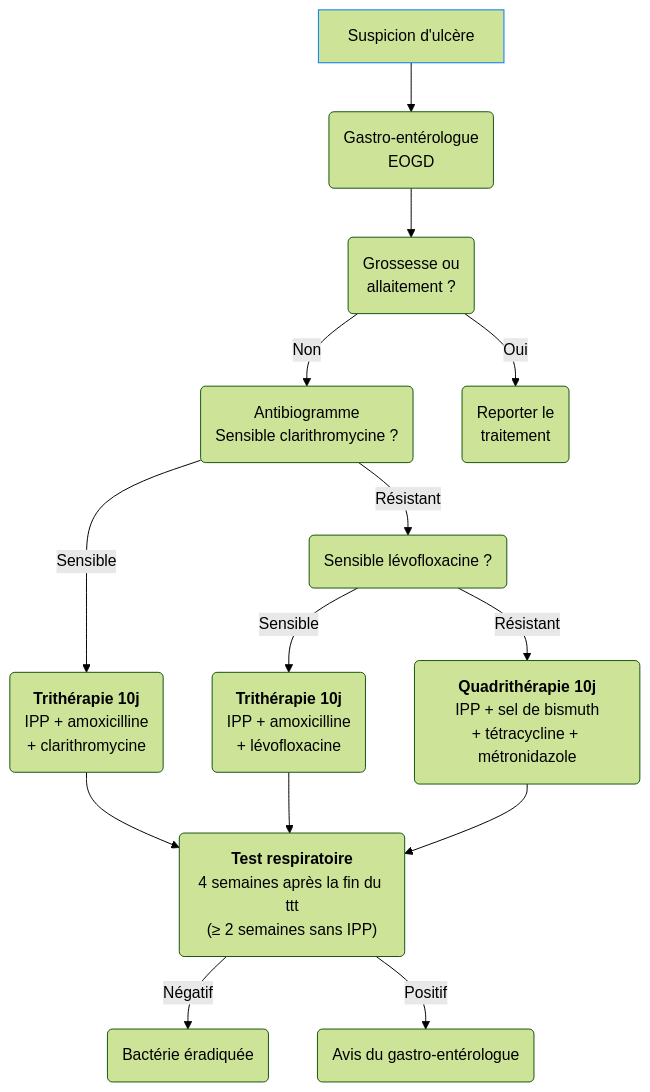
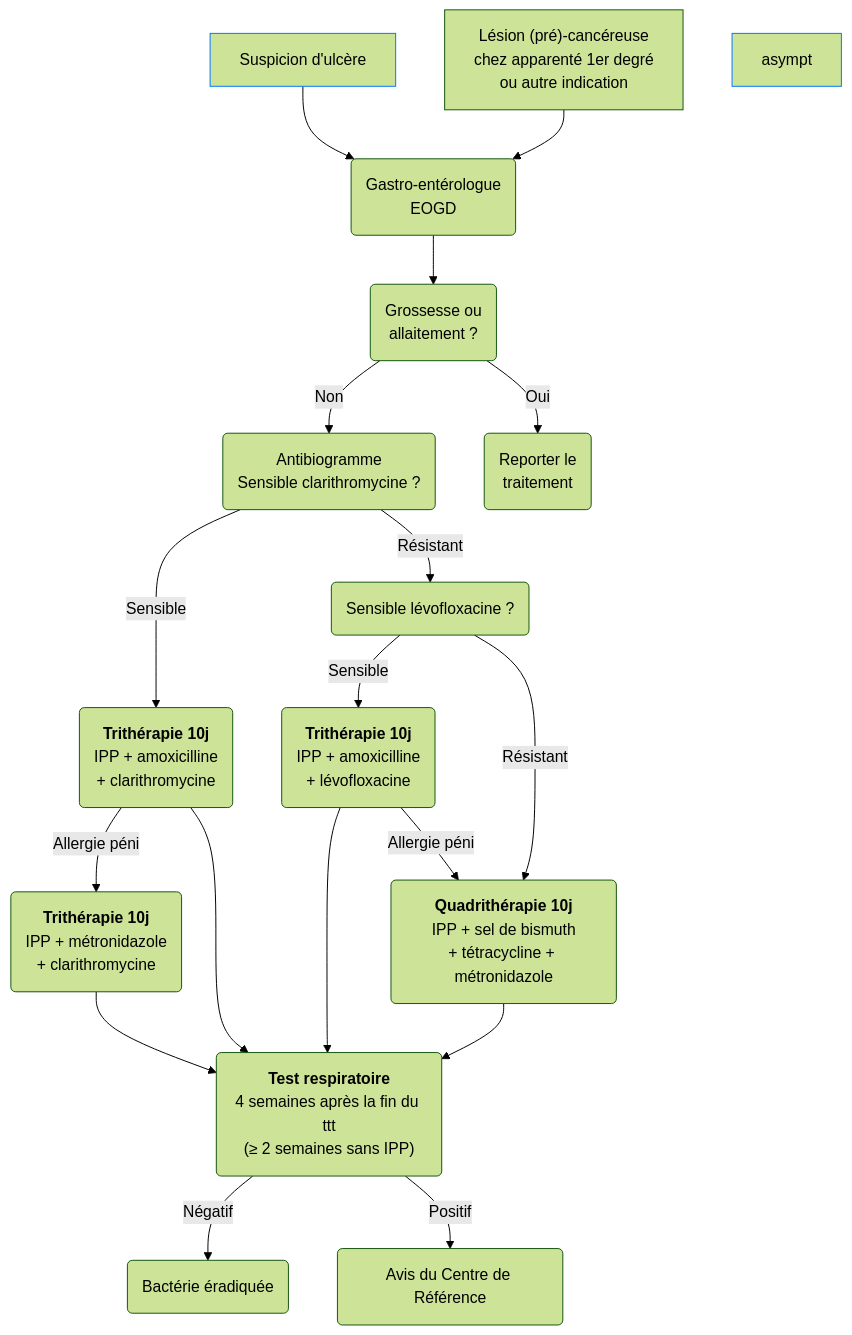
The first of 2 diagrams in content/recommandations/helicobacter-pylori.md (djibe/recommandations-medicales), drawn with Mermaid (forest theme) before and after one commit. The commit also changed other lines of this file and 10 other files, not shown here.

```diff
--- a/content/recommandations/helicobacter-pylori.md
+++ b/content/recommandations/helicobacter-pylori.md
@@ -142,15 +178,19 @@
 {{< mermaid >}}
 graph TB
   suspicion["Suspicion d'ulcère"] --> gastro("Gastro-entérologue<br>EOGD")
   style suspicion stroke:#0077ff, stroke-width:1px
+  ATCD["Lésion (pré)-cancéreuse<br>chez apparenté 1er degré<br>ou autre indication"] --> gastro
+  style asympt stroke:#0077ff, stroke-width:1px
     gastro --> grossesse("Grossesse ou<br>allaitement ?")
       grossesse -- Non --> antibiogramme("Antibiogramme<br>Sensible clarithromycine ?")
-        antibiogramme -- Sensible --> tri1("<b>Trithérapie 10j</b><br>IPP + amoxicilline<br>+ clarithromycine")
-          tri1 --> controle("<b>Test respiratoire</b><br>4 semaines après la fin du ttt<br>(≥ 2 semaines sans IPP)")
+        antibiogramme -- Sensible --> triAmox("<b>Trithérapie 10j</b><br>IPP + amoxicilline<br>+ clarithromycine")
+          triAmox -- "Allergie péni" --> triAmoxAllergie("<b>Trithérapie 10j</b><br>IPP + métronidazole<br>+ clarithromycine") --> controle
+          triAmox --> controle("<b>Test respiratoire</b><br>4 semaines après la fin du ttt<br>(≥ 2 semaines sans IPP)")
         antibiogramme -- "Résistant" --> levofloS("Sensible lévofloxacine ?")
           levofloS -- Sensible --> levoflo("<b>Trithérapie 10j</b><br>IPP + amoxicilline<br>+ lévofloxacine") --> controle
+            levoflo -- "Allergie péni" --> quadrit
           levofloS -- "Résistant" --> quadrit("<b>Quadrithérapie 10j</b><br>IPP + sel de bismuth<br>+ tétracycline + métronidazole") --> controle
           controle -- Négatif --> ok(Bactérie éradiquée)
-          controle -- Positif --> avis(Avis du gastro-entérologue)
+          controle -- Positif --> avis(Avis du Centre de Référence)
       grossesse -- Oui --> reporter("Reporter le<br>traitement")
 {{< /mermaid >}}
```
